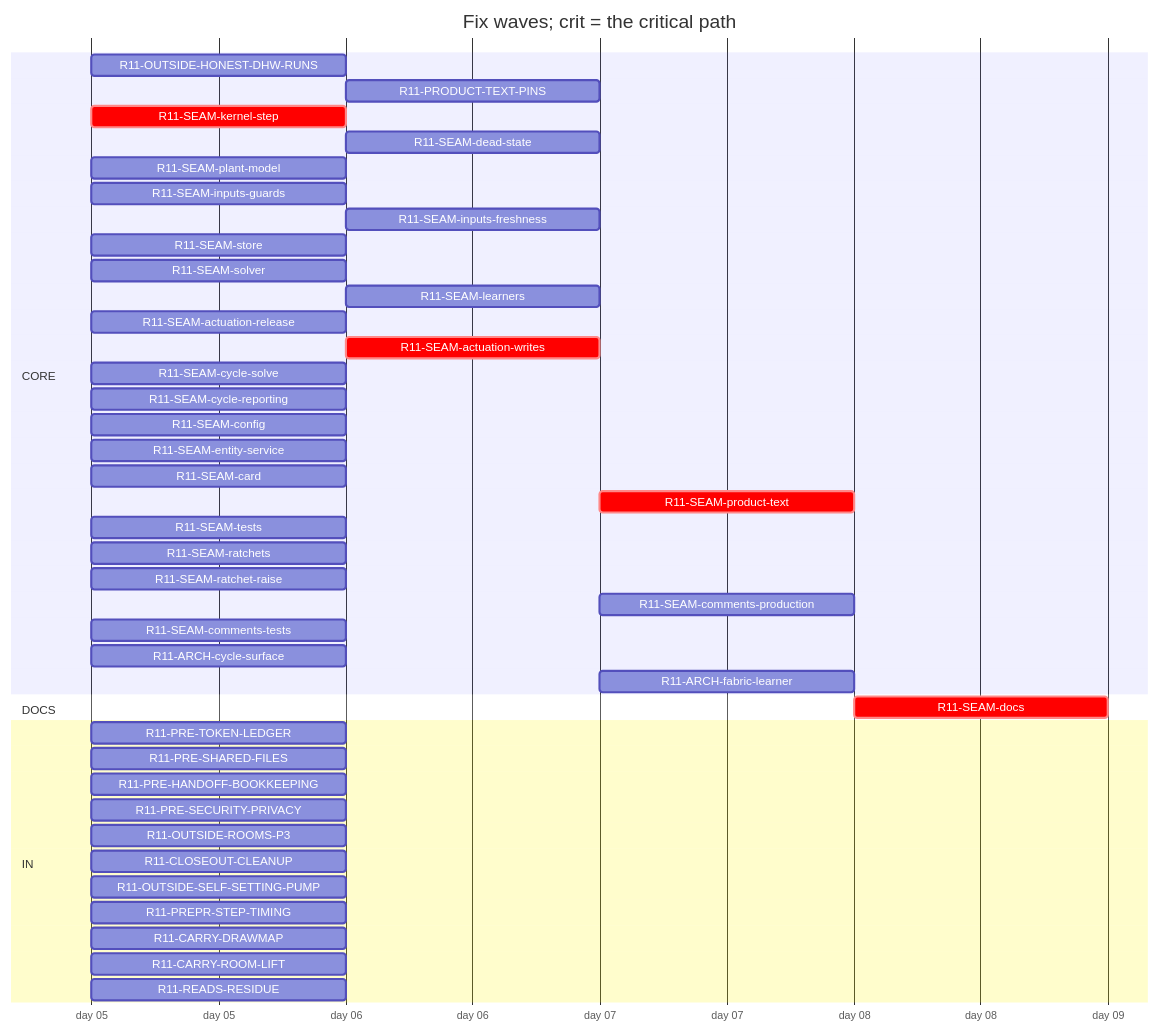
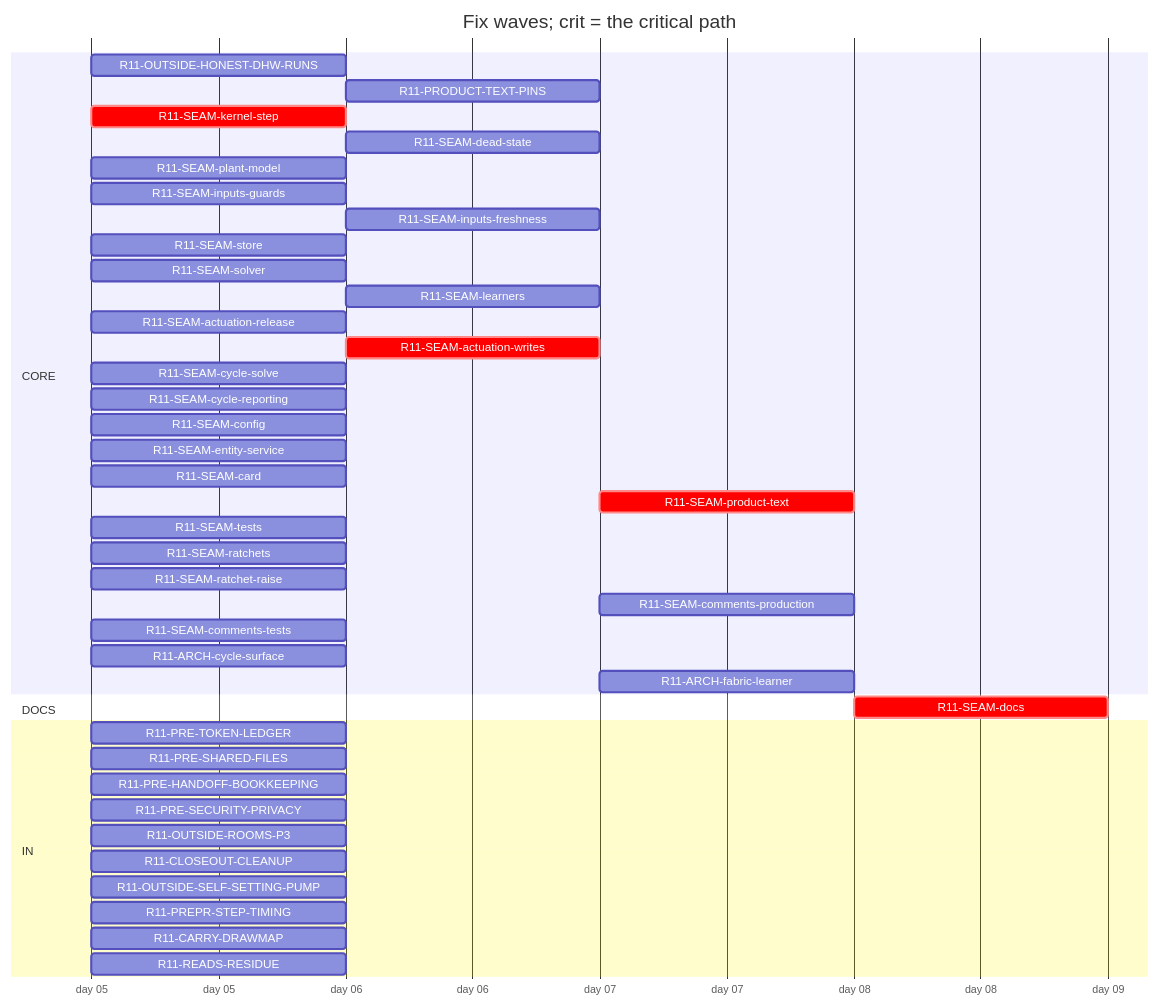
One commit to tvofi/heatpump_optimizer changed the diagram in handoff/round11/state/PLAN-TABLE.md. Above: the diagram before and after it, drawn with Mermaid. The commit also changed other lines of this file and 4 other files, not shown here.

Commit message:
state: FLOW-BOARD.md, NEXT-SESSION-PROMPT.md, PLAN-TABLE.md, PLAN.html, RESUME-CURRENT.md regenerated (state_docs.py)

````diff
--- a/handoff/round11/state/PLAN-TABLE.md
+++ b/handoff/round11/state/PLAN-TABLE.md
@@ -16,46 +16,45 @@
 ```mermaid
 gantt
   title Fix waves; crit = the critical path
   dateFormat YYYY-MM-DD
   axisFormat day %d
   section CORE
     R11-OUTSIDE-HONEST-DHW-RUNS :r11OUTSIDEHONESTDHWRUNS, 2026-01-05, 1d
     R11-PRODUCT-TEXT-PINS :r11PRODUCTTEXTPINS, after r11READSRESIDUE, 1d
     R11-SEAM-kernel-step :crit, r11SEAMkernelstep, 2026-01-05, 1d
     R11-SEAM-dead-state :r11SEAMdeadstate, after r11SEAMstore, 1d
     R11-SEAM-plant-model :r11SEAMplantmodel, 2026-01-05, 1d
     R11-SEAM-inputs-guards :r11SEAMinputsguards, 2026-01-05, 1d
     R11-SEAM-inputs-freshness :r11SEAMinputsfreshness, after r11SEAMkernelstep, 1d
     R11-SEAM-store :r11SEAMstore, 2026-01-05, 1d
     R11-SEAM-solver :r11SEAMsolver, 2026-01-05, 1d
     R11-SEAM-learners :r11SEAMlearners, after r11SEAMplantmodel, 1d
     R11-SEAM-actuation-release :r11SEAMactuationrelease, 2026-01-05, 1d
     R11-SEAM-actuation-writes :crit, r11SEAMactuationwrites, after r11SEAMkernelstep r11SEAMactuationrelease, 1d
     R11-SEAM-cycle-solve :r11SEAMcyclesolve, 2026-01-05, 1d
     R11-SEAM-cycle-reporting :r11SEAMcyclereporting, 2026-01-05, 1d
     R11-SEAM-config :r11SEAMconfig, 2026-01-05, 1d
     R11-SEAM-entity-service :r11SEAMentityservice, 2026-01-05, 1d
     R11-SEAM-card :r11SEAMcard, 2026-01-05, 1d
     R11-SEAM-product-text :crit, r11SEAMproducttext, after r11SEAMplantmodel r11SEAMactuationrelease r11SEAMactuationwrites r11SEAMconfig r11SEAMentityservice r11SEAMinputsguards r11SEAMinputsfreshness r11SEAMcyclesolve r11SEAMcyclereporting, 1d
     R11-SEAM-tests :r11SEAMtests, 2026-01-05, 1d
     R11-SEAM-ratchets :r11SEAMratchets, 2026-01-05, 1d
     R11-SEAM-ratchet-raise :r11SEAMratchetraise, 2026-01-05, 1d
     R11-SEAM-comments-production :r11SEAMcommentsproduction, after r11SEAMplantmodel r11SEAMactuationrelease r11SEAMactuationwrites r11SEAMconfig r11SEAMentityservice r11SEAMinputsguards r11SEAMinputsfreshness r11SEAMcyclesolve r11SEAMcyclereporting, 1d
     R11-SEAM-comments-tests :r11SEAMcommentstests, 2026-01-05, 1d
     R11-ARCH-cycle-surface :r11ARCHcyclesurface, 2026-01-05, 1d
     R11-ARCH-fabric-learner :r11ARCHfabriclearner, after r11SEAMlearners, 1d
   section DOCS
     R11-SEAM-docs :crit, r11SEAMdocs, after r11SEAMplantmodel r11SEAMlearners r11SEAMactuationrelease r11SEAMactuationwrites r11SEAMconfig r11SEAMentityservice r11SEAMinputsguards r11SEAMinputsfreshness r11SEAMcyclesolve r11SEAMcyclereporting r11SEAMcard r11SEAMproducttext, 1d
   section IN
     R11-PRE-TOKEN-LEDGER :r11PRETOKENLEDGER, 2026-01-05, 1d
     R11-PRE-SHARED-FILES :r11PRESHAREDFILES, 2026-01-05, 1d
     R11-PRE-HANDOFF-BOOKKEEPING :r11PREHANDOFFBOOKKEEPING, 2026-01-05, 1d
     R11-PRE-SECURITY-PRIVACY :r11PRESECURITYPRIVACY, 2026-01-05, 1d
     R11-OUTSIDE-ROOMS-P3 :r11OUTSIDEROOMSP3, 2026-01-05, 1d
     R11-CLOSEOUT-CLEANUP :r11CLOSEOUTCLEANUP, 2026-01-05, 1d
     R11-OUTSIDE-SELF-SETTING-PUMP :r11OUTSIDESELFSETTINGPUMP, 2026-01-05, 1d
     R11-PREPR-STEP-TIMING :r11PREPRSTEPTIMING, 2026-01-05, 1d
     R11-CARRY-DRAWMAP :r11CARRYDRAWMAP, 2026-01-05, 1d
-    R11-CARRY-ROOM-LIFT :r11CARRYROOMLIFT, 2026-01-05, 1d
     R11-READS-RESIDUE :r11READSRESIDUE, 2026-01-05, 1d
 ```
````
